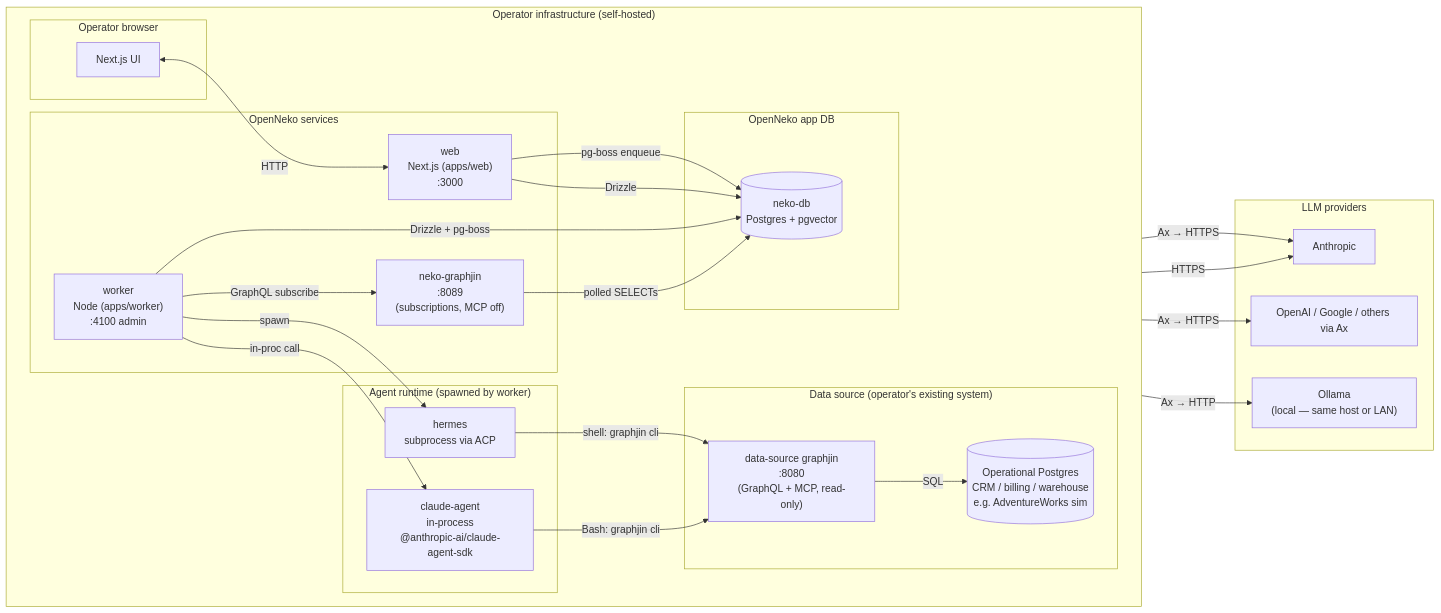
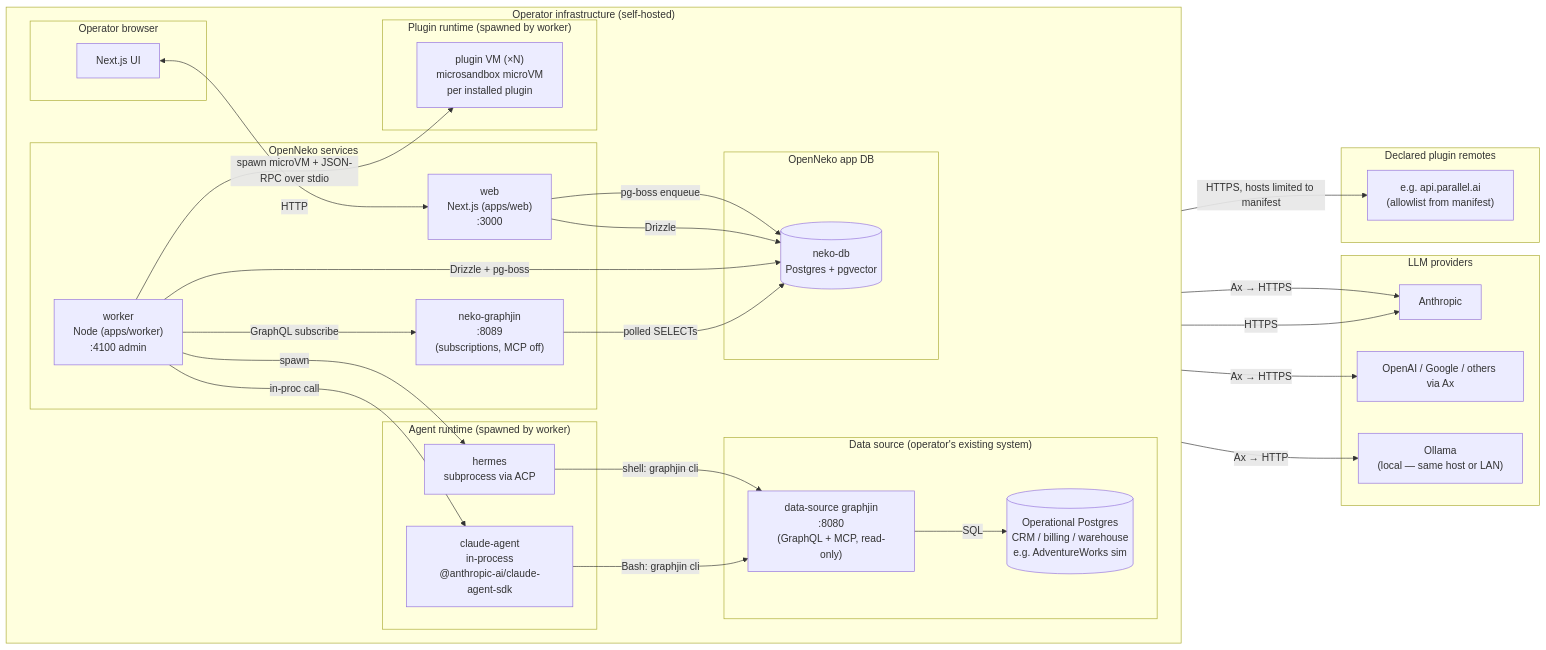
Before and after one commit to open-neko/openneko: the first of 4 diagrams in ARCHITECTURE.md, drawn with Mermaid. The commit also changed other lines of this file and 77 other files, not shown here.

````diff
--- a/ARCHITECTURE.md
+++ b/ARCHITECTURE.md
@@ -9,54 +9,65 @@
 ```mermaid
 flowchart LR
   subgraph SelfHosted["Operator infrastructure (self-hosted)"]
     direction LR
     subgraph Operator["Operator browser"]
       UI[Next.js UI]
     end
 
     subgraph NekoServices["OpenNeko services"]
       Web["web<br/>Next.js (apps/web)<br/>:3000"]
       Worker["worker<br/>Node (apps/worker)<br/>:4100 admin"]
       NekoGJ["neko-graphjin<br/>:8089<br/>(subscriptions, MCP off)"]
     end
 
     subgraph NekoData["OpenNeko app DB"]
       NekoDB[(neko-db<br/>Postgres + pgvector)]
     end
 
     subgraph DataSource["Data source (operator's existing system)"]
       DSGJ["data-source graphjin<br/>:8080<br/>(GraphQL + MCP, read-only)"]
       DSDB[(Operational Postgres<br/>CRM / billing / warehouse<br/>e.g. AdventureWorks sim)]
     end
 
     subgraph AgentRuntime["Agent runtime (spawned by worker)"]
       Hermes["hermes<br/>subprocess via ACP"]
       ClaudeAgent["claude-agent<br/>in-process<br/>@anthropic-ai/claude-agent-sdk"]
     end
+
+    subgraph PluginRuntime["Plugin runtime (spawned by worker)"]
+      PluginVm["plugin VM (×N)<br/>microsandbox microVM<br/>per installed plugin"]
+    end
   end
 
   subgraph LLMProviders["LLM providers"]
     Anthropic[Anthropic]
     OpenAI[OpenAI / Google / others via Ax]
     Ollama["Ollama<br/>(local — same host or LAN)"]
+  end
+
+  subgraph PluginRemotes["Declared plugin remotes"]
+    PluginApi["e.g. api.parallel.ai<br/>(allowlist from manifest)"]
   end
 
   UI <-->|HTTP| Web
   Web -->|pg-boss enqueue| NekoDB
   Web -->|Drizzle| NekoDB
   Worker -->|Drizzle + pg-boss| NekoDB
   Worker -->|GraphQL subscribe| NekoGJ
   NekoGJ -->|polled SELECTs| NekoDB
 
   Worker -->|spawn| Hermes
   Worker -->|in-proc call| ClaudeAgent
+  Worker -->|spawn microVM + JSON-RPC over stdio| PluginVm
 
   Hermes -->|Ax → HTTPS| OpenAI
   Hermes -->|Ax → HTTPS| Anthropic
   Hermes -->|Ax → HTTP| Ollama
   ClaudeAgent -->|HTTPS| Anthropic
 
   Hermes -->|shell: graphjin cli| DSGJ
   ClaudeAgent -->|Bash: graphjin cli| DSGJ
   DSGJ -->|SQL| DSDB
+
+  PluginVm -->|HTTPS, hosts limited to manifest| PluginApi
 ```
````
